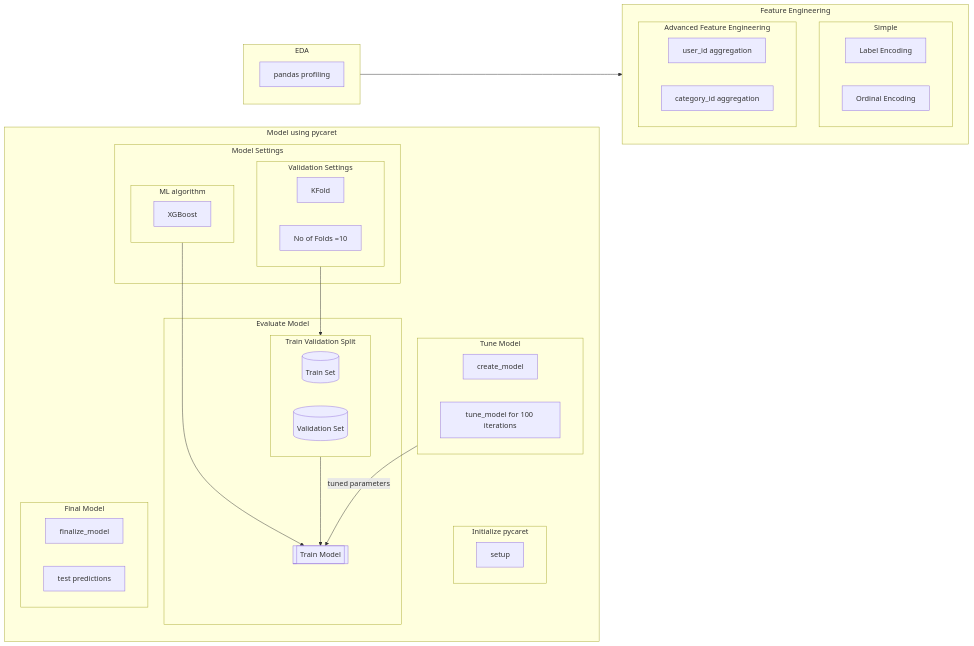
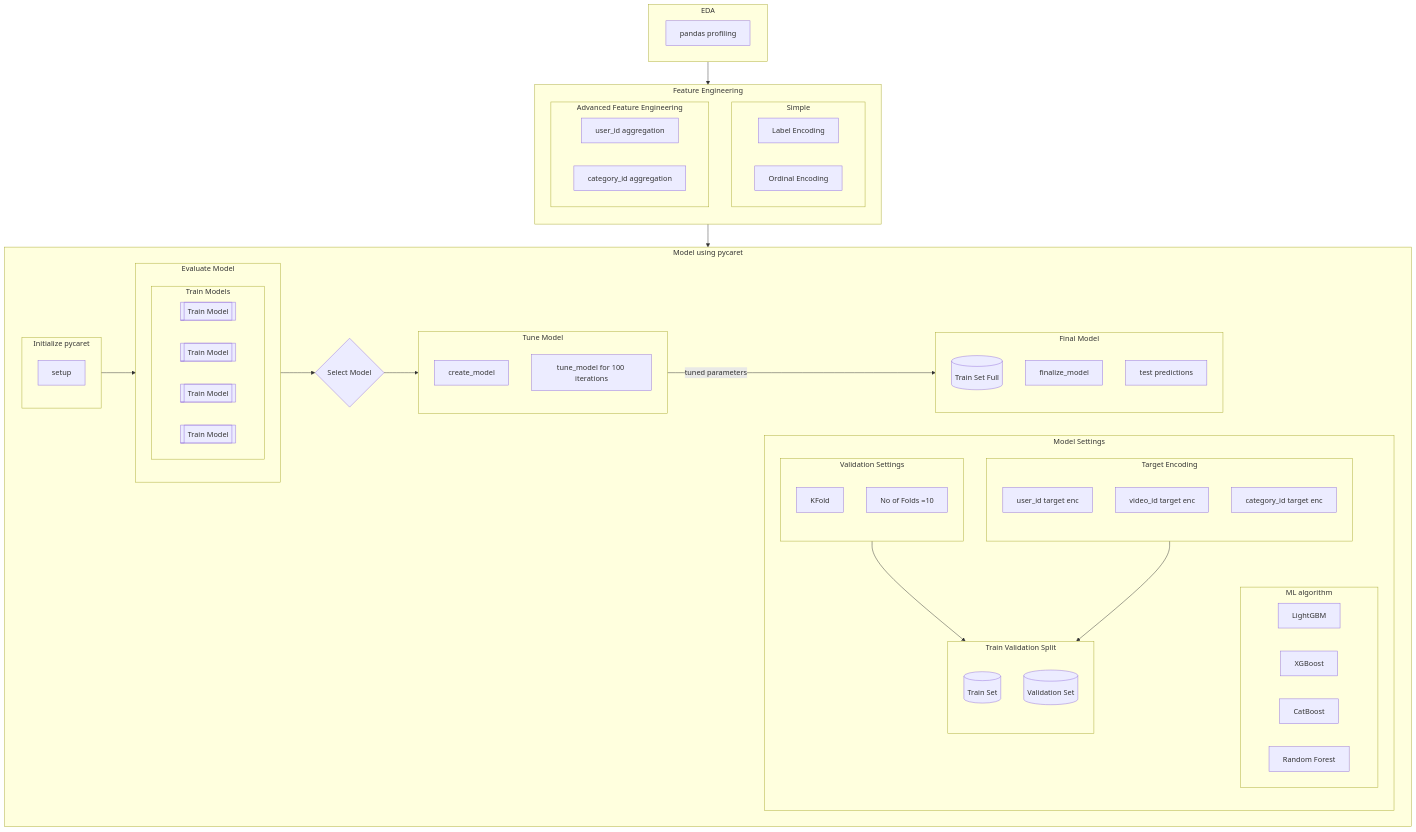
One commit to baskarsambandamurthy/testrep changed the diagram in readme test.md. Above: the diagram before and after it, drawn with Mermaid.

Commit message:
Update readme test.md

`````diff
--- a/readme test.md
+++ b/readme test.md
@@ -11,53 +11,70 @@
 ```mermaid
-flowchart LR
-    modelset2-->py21
-    modelset1-->py22
-    py21 --> py22
-    py3 -->|tuned parameters|py22
+flowchart TB
+    FE --> py
     subgraph py[Model using pycaret]
       subgraph py1[Initialize pycaret]
         py11[setup]
       end
       subgraph modelset[Model Settings]
         subgraph modelset1[ML algorithm]
-          modelset11[XGBoost]
+          modelset11[LightGBM]
+          modelset12[XGBoost]
+          modelset13[CatBoost]
+          modelset14[Random Forest]
         end
+        modelset2 --> py21
+        modelsette-->py21
         subgraph modelset2[Validation Settings]
           modelset21[KFold]
           modelset22[No of Folds =10]
         end
+        subgraph modelsette[Target Encoding]
+          modelsette1[user_id target enc]
+          modelsette2[video_id target enc]
+          modelsette3[category_id target enc]
+        end
       end
+      py1 --> py2
+      py2 --> sel{Select Model}
+      sel --> py3
+      py3 -->|tuned parameters|py4
       subgraph py2[Evaluate Model]
-        subgraph py21[Train Validation Split]
-          py211[(Train Set)]
-          py212[(Validation Set)]
-         end
-         py22[[Train Model]]
-       end
+          subgraph py21[Train Validation Split]
+            py211[(Train Set)]
+            py212[(Validation Set)]
+          end
+          subgraph py22[Train Models]
+            py221[[Train Model]]
+            py222[[Train Model]]
+            py223[[Train Model]]
+            py224[[Train Model]]
+          end
+      end
       subgraph py3[Tune Model]
         py31[create_model]
         py32[tune_model for 100 iterations]
       end    
       subgraph py4[Final Model]
-        py41[finalize_model]
-        py42[test predictions]
+        py41[(Train Set Full)]
+        py42[finalize_model]
+        py43[test predictions]
       end       
     end
     subgraph FE[Feature Engineering]
     direction TB
     subgraph SFE[Simple]
         direction LR
         LE[Label Encoding]
         OE[Ordinal Encoding]
     end
     subgraph ADV[Advanced Feature Engineering]
         direction LR
         AGG1[user_id aggregation]
         AGG2[category_id aggregation]
     end
   end
   subgraph EDA
     EDA1[pandas profiling]
   end
   EDA -->FE 
 ````
`````
